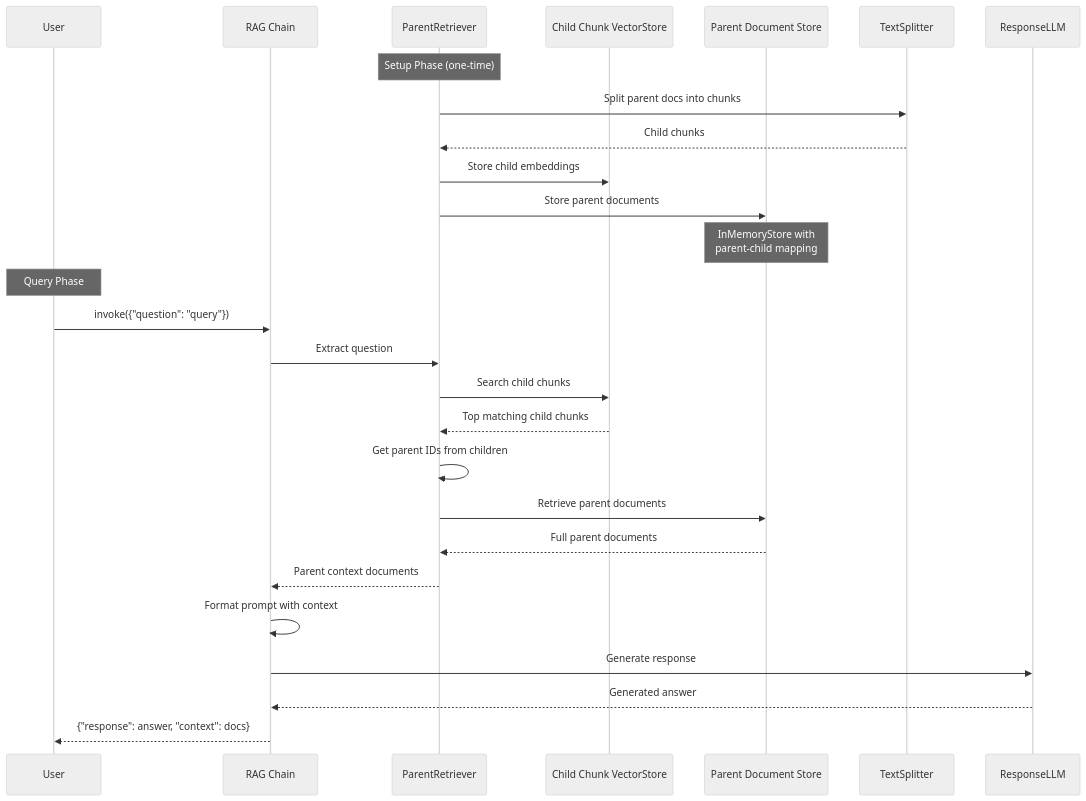
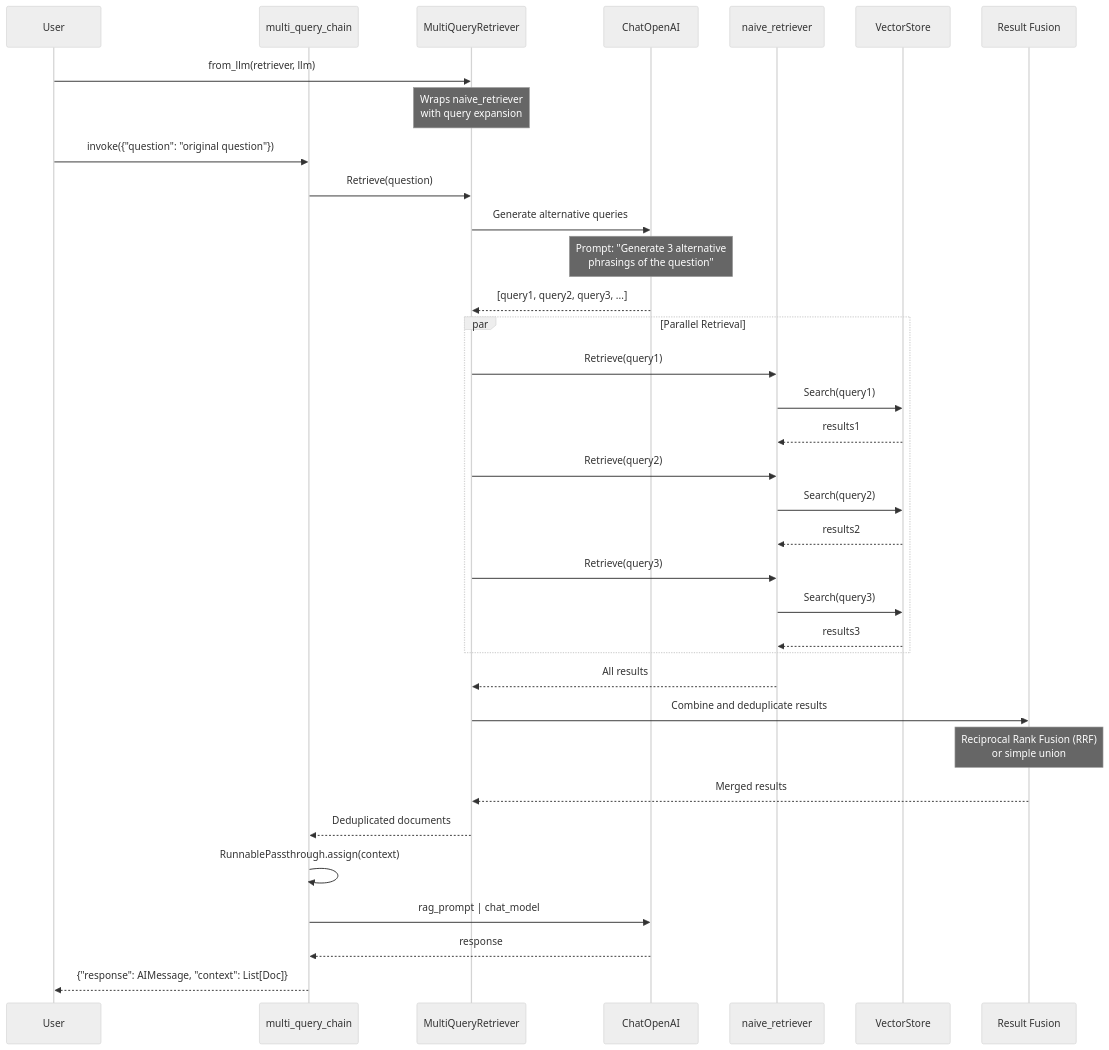
The seventh of 12 diagrams in architecture/docs/03_data_flows.md (don-aie-cohort8/aie8-s09-adv-retrieval), drawn with Mermaid (neutral theme) before and after one commit. The commit also changed other lines of this file and 11 other files, not shown here.

````diff
--- a/architecture/docs/03_data_flows.md
+++ b/architecture/docs/03_data_flows.md
@@ -250,31 +354,44 @@
 ```mermaid
 sequenceDiagram
     participant User
-    participant Chain as RAG Chain
-    participant ParentRetriever
-    participant ChildVectorStore as Child Chunk VectorStore
-    participant ParentStore as Parent Document Store
-    participant TextSplitter
-    participant ResponseLLM
+    participant Chain as multi_query_chain
+    participant MQR as MultiQueryRetriever
+    participant LLM as ChatOpenAI
+    participant NaiveRet as naive_retriever
+    participant VS as VectorStore
+    participant Fusion as Result Fusion
 
-    Note over ParentRetriever: Setup Phase (one-time)
-    ParentRetriever->>TextSplitter: Split parent docs into chunks
-    TextSplitter-->>ParentRetriever: Child chunks
-    ParentRetriever->>ChildVectorStore: Store child embeddings
-    ParentRetriever->>ParentStore: Store parent documents
-    Note over ParentStore: InMemoryStore with<br/>parent-child mapping
+    User->>MQR: from_llm(retriever, llm)
+    Note over MQR: Wraps naive_retriever<br/>with query expansion
 
-    Note over User: Query Phase
-    User->>Chain: invoke({"question": "query"})
-    Chain->>ParentRetriever: Extract question
-    ParentRetriever->>ChildVectorStore: Search child chunks
-    ChildVectorStore-->>ParentRetriever: Top matching child chunks
-    ParentRetriever->>ParentRetriever: Get parent IDs from children
-    ParentRetriever->>ParentStore: Retrieve parent documents
-    ParentStore-->>ParentRetriever: Full parent documents
-    ParentRetriever-->>Chain: Parent context documents
-    Chain->>Chain: Format prompt with context
-    Chain->>ResponseLLM: Generate response
-    ResponseLLM-->>Chain: Generated answer
-    Chain-->>User: {"response": answer, "context": docs}
+    User->>Chain: invoke({"question": "original question"})
+    Chain->>MQR: Retrieve(question)
+    MQR->>LLM: Generate alternative queries
+    Note over LLM: Prompt: "Generate 3 alternative<br/>phrasings of the question"
+    LLM-->>MQR: [query1, query2, query3, ...]
+
+    par Parallel Retrieval
+        MQR->>NaiveRet: Retrieve(query1)
+        NaiveRet->>VS: Search(query1)
+        VS-->>NaiveRet: results1
+
+        MQR->>NaiveRet: Retrieve(query2)
+        NaiveRet->>VS: Search(query2)
+        VS-->>NaiveRet: results2
+
+        MQR->>NaiveRet: Retrieve(query3)
+        NaiveRet->>VS: Search(query3)
+        VS-->>NaiveRet: results3
+    end
+
+    NaiveRet-->>MQR: All results
+    MQR->>Fusion: Combine and deduplicate results
+    Note over Fusion: Reciprocal Rank Fusion (RRF)<br/>or simple union
+    Fusion-->>MQR: Merged results
+    MQR-->>Chain: Deduplicated documents
+
+    Chain->>Chain: RunnablePassthrough.assign(context)
+    Chain->>LLM: rag_prompt | chat_model
+    LLM-->>Chain: response
+    Chain-->>User: {"response": AIMessage, "context": List[Doc]}
 ```
````
